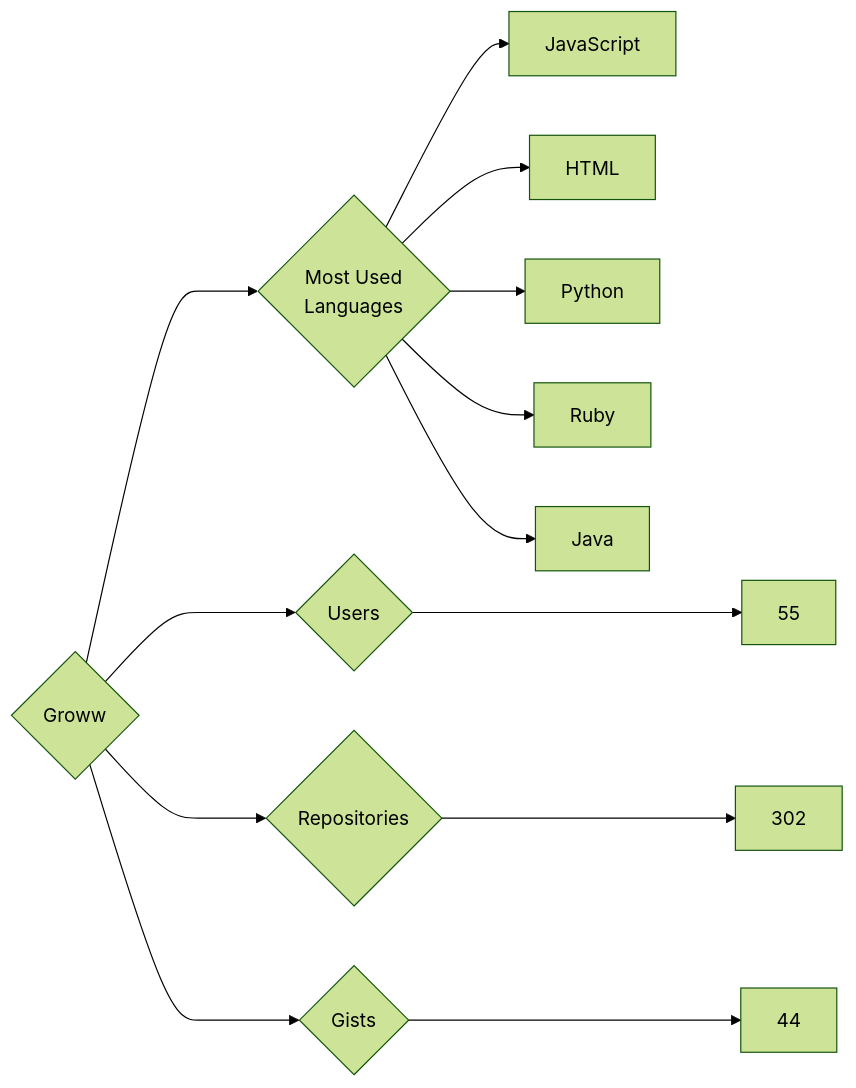
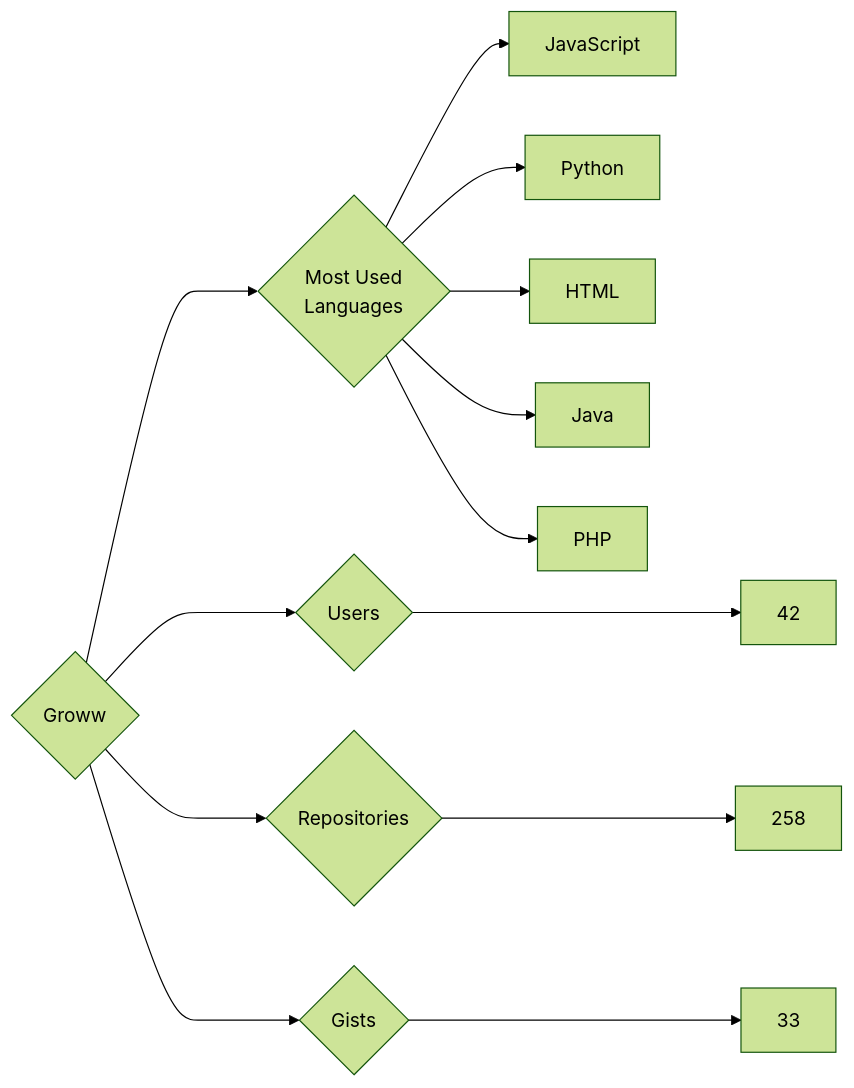
Before and after one commit to trickest/insiders: the diagram in targets/Groww/README.md, drawn with Mermaid (forest theme). The commit also changed 657 other files, not shown here.

````diff
--- a/targets/Groww/README.md
+++ b/targets/Groww/README.md
@@ -3,13 +3,13 @@
 ```mermaid
 graph LR
 COMPANY_NAME{Groww}
-COMPANY_NAME ---> U{Users} ---> UN[55]
-COMPANY_NAME ---> R{Repositories} ---> RN[302]
-COMPANY_NAME ---> G{Gists} ---> GN[44]
+COMPANY_NAME ---> U{Users} ---> UN[42]
+COMPANY_NAME ---> R{Repositories} ---> RN[258]
+COMPANY_NAME ---> G{Gists} ---> GN[33]
 COMPANY_NAME ---> ML{Most Used<br>Languages}
 ML --> JavaScript[JavaScript]
+ML --> Python[Python]
 ML --> HTML[HTML]
-ML --> Python[Python]
-ML --> Ruby[Ruby]
 ML --> Java[Java]
+ML --> PHP[PHP]
 ```
````
